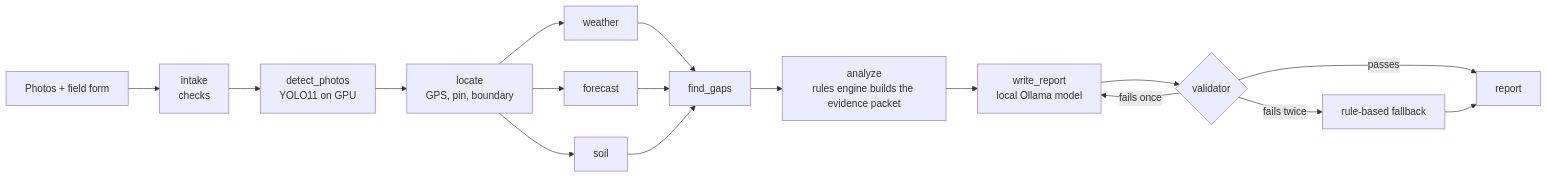
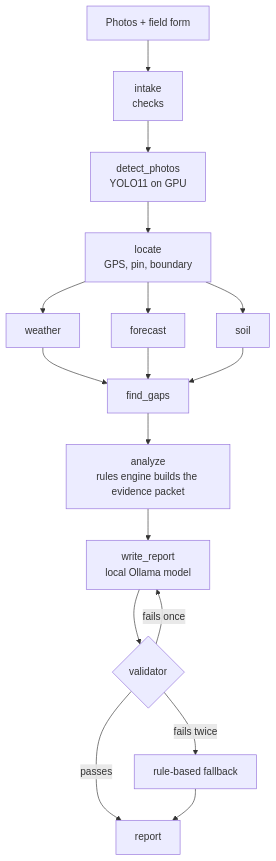
Before and after one commit to srujansrutha/GWD-workflow: the diagram in README.md, drawn with Mermaid.

Commit message:
README: draw the workflow diagram top-down so it stays readable on GitHub

````diff
--- a/README.md
+++ b/README.md
@@ -99,18 +99,18 @@
 ```mermaid
-flowchart LR
+flowchart TD
     A["Photos + field form"] --> B["intake<br/>checks"]
     B --> C["detect_photos<br/>YOLO11 on GPU"]
     C --> D["locate<br/>GPS, pin, boundary"]
     D --> W["weather"]
     D --> F["forecast"]
     D --> S["soil"]
     W --> G["find_gaps"]
     F --> G
     S --> G
     G --> H["analyze<br/>rules engine builds the evidence packet"]
     H --> I["write_report<br/>local Ollama model"]
     I --> J{"validator"}
     J -- passes --> K["report"]
     J -- fails once --> I
     J -- fails twice --> L["rule-based fallback"] --> K
 ```
````
